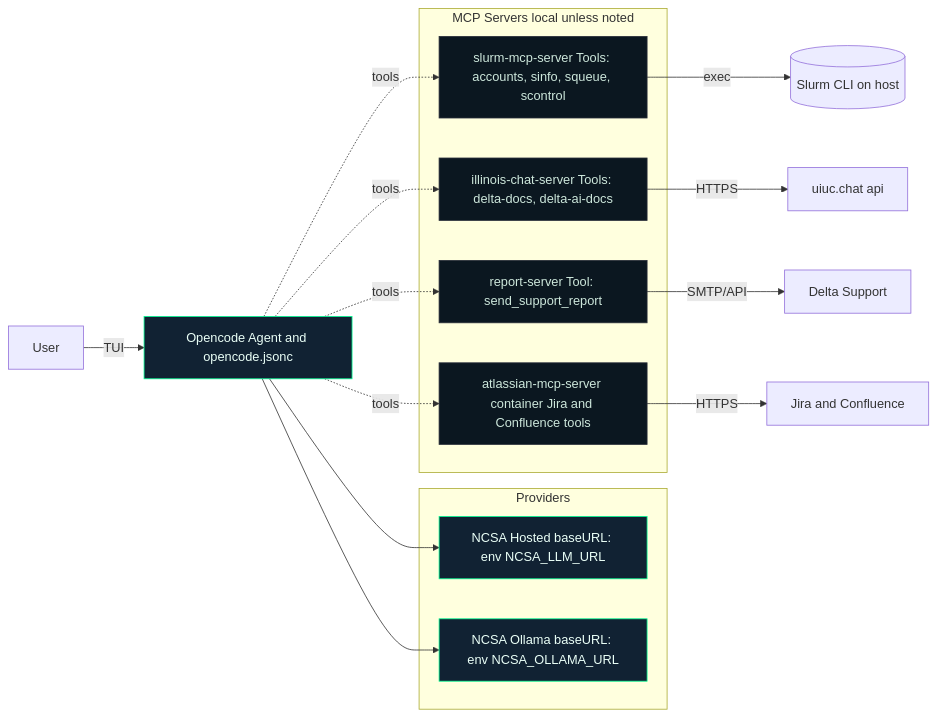
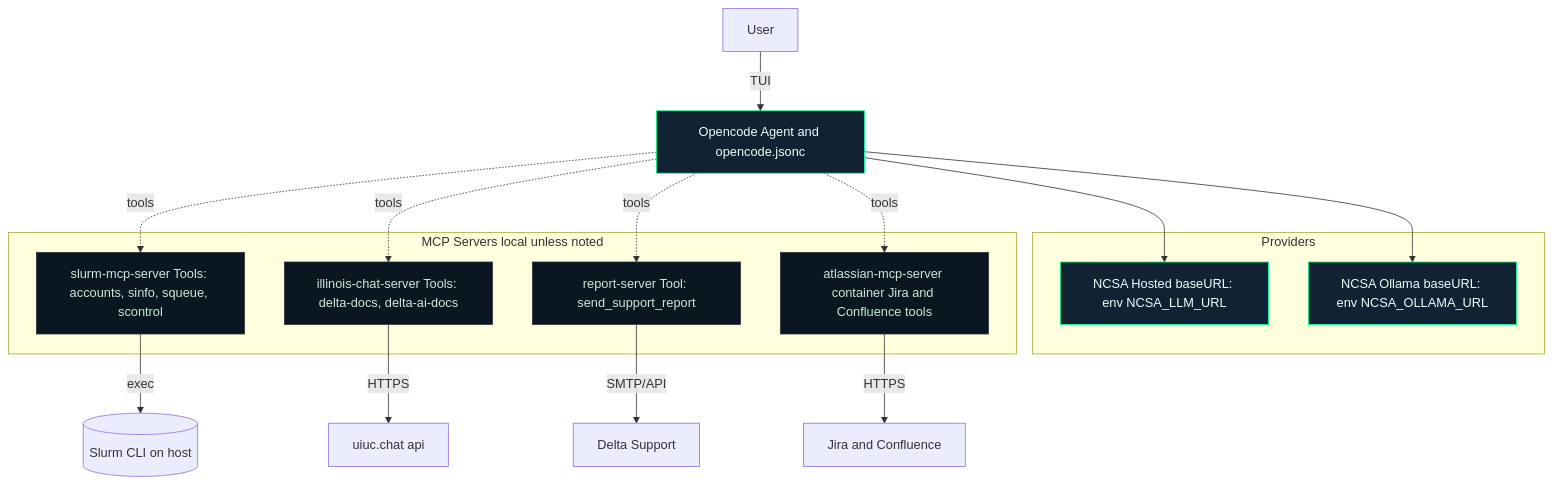
The diagram in README.md (skye-glitch/hpcgpt-cli), drawn with Mermaid before and after one commit.

````diff
--- a/README.md
+++ b/README.md
@@ -33,34 +33,34 @@
 ```mermaid
-flowchart LR
+graph TD
   U[User] -->|TUI| OC[Opencode Agent and opencode.jsonc]
 
   subgraph Providers
     P1[NCSA Hosted baseURL: env NCSA_LLM_URL]
     P2[NCSA Ollama baseURL: env NCSA_OLLAMA_URL]
   end
 
   OC --> P1
   OC --> P2
 
   subgraph MCP Servers local unless noted
     S1[slurm-mcp-server Tools: accounts, sinfo, squeue, scontrol]
     S2[illinois-chat-server Tools: delta-docs, delta-ai-docs]
     S3[report-server Tool: send_support_report]
     S4[atlassian-mcp-server container Jira and Confluence tools]
   end
 
   OC -. tools .-> S1
   OC -. tools .-> S2
   OC -. tools .-> S3
   OC -. tools .-> S4
 
   S1 -->|exec| SLURM[(Slurm CLI on host)]
   S2 -->|HTTPS| ICHAT[uiuc.chat api]
   S4 -->|HTTPS| ATL[Jira and Confluence]
   S3 -->|SMTP/API| SUPPORT[Delta Support]
 
   classDef dim fill:#0b1720,stroke:#2a2f3a,color:#cde7db;
   classDef focus fill:#112233,stroke:#00ff95,color:#eafff7;
   class OC,P1,P2 focus;
   class S1,S2,S3,S4 dim;
 ```
````
